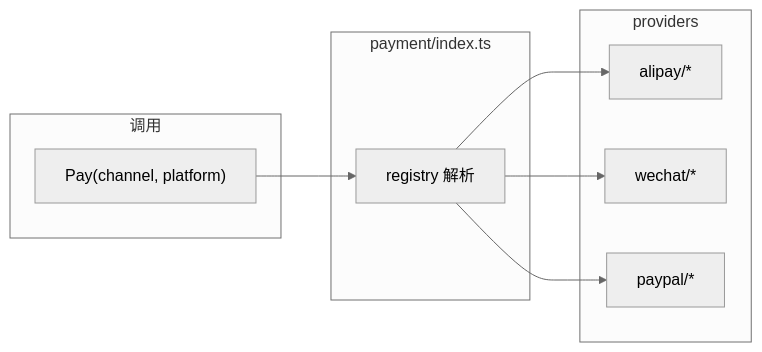
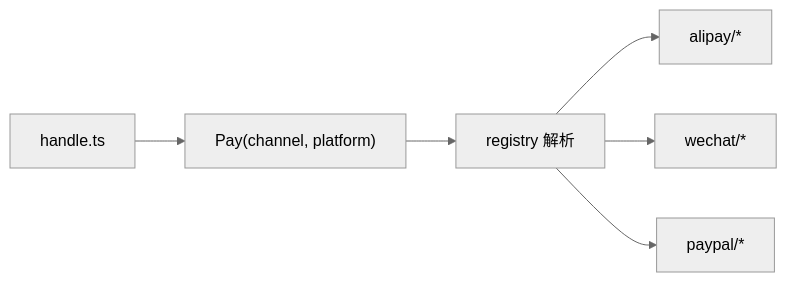
One commit to meishanlaoyao/elysia-admin changed the first of 2 diagrams in docs/guide/payment.md. Above: the diagram before and after it, drawn with Mermaid (neutral theme). The commit also changed other lines of this file and 38 other files, not shown here.

Commit message:
update: add module/page scaffolding (create:module/create:page with Drizzle Schema, --schema, --dry-run), script templates and tests; add AI_MODULE_SCAFFOLD.md; update AI workflow, Cursor Skill, IDE rules, and AI dev guide with scaffolding recommendations

````diff
--- a/docs/guide/payment.md
+++ b/docs/guide/payment.md
@@ -304,17 +22,8 @@
 ```mermaid
 flowchart LR
-    subgraph Call["调用"]
-        Pay["Pay(channel, platform)"]
-    end
-    subgraph Map["payment/index.ts"]
-        Reg["registry 解析"]
-    end
-    subgraph Prov["providers"]
-        AP["alipay/*"]
-        WC["wechat/*"]
-        PP["paypal/*"]
-    end
-    Pay --> Reg --> AP
-    Reg --> WC
-    Reg --> PP
+    Biz[handle.ts] --> Pay["Pay(channel, platform)"]
+    Pay --> Reg[registry 解析]
+    Reg --> AP[alipay/*]
+    Reg --> WC[wechat/*]
+    Reg --> PP[paypal/*]
 ```
````
